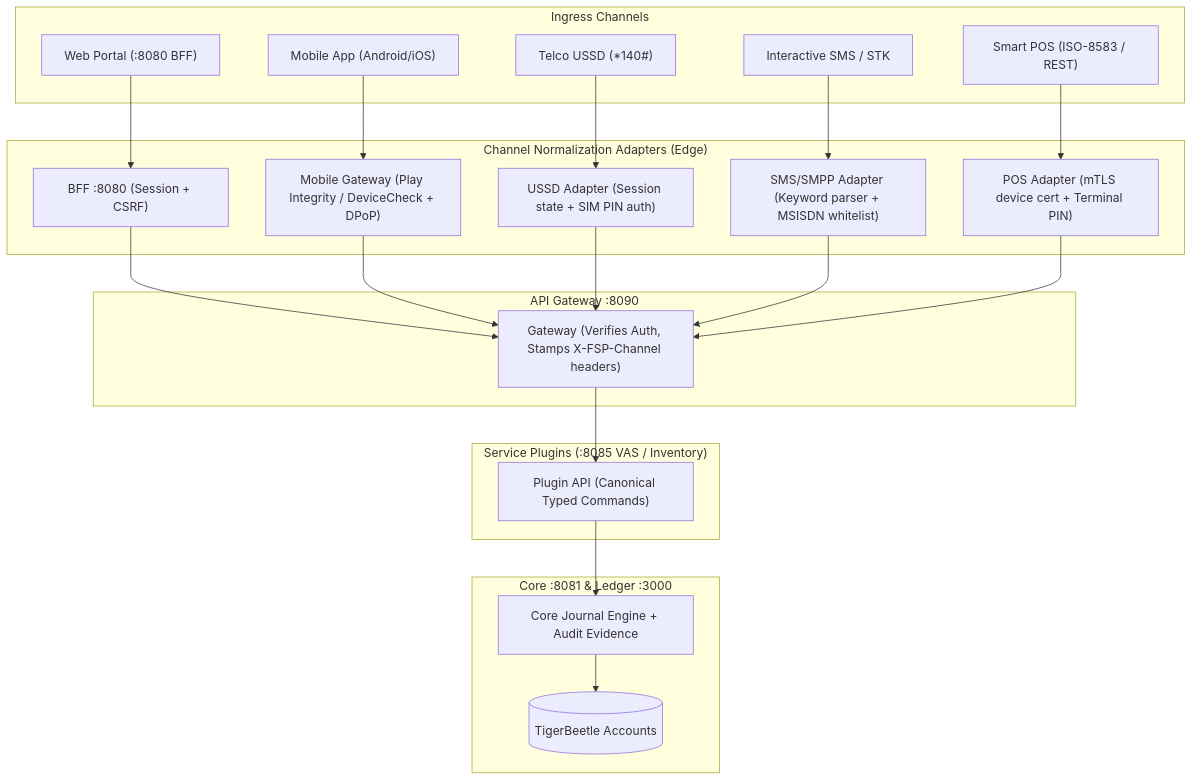
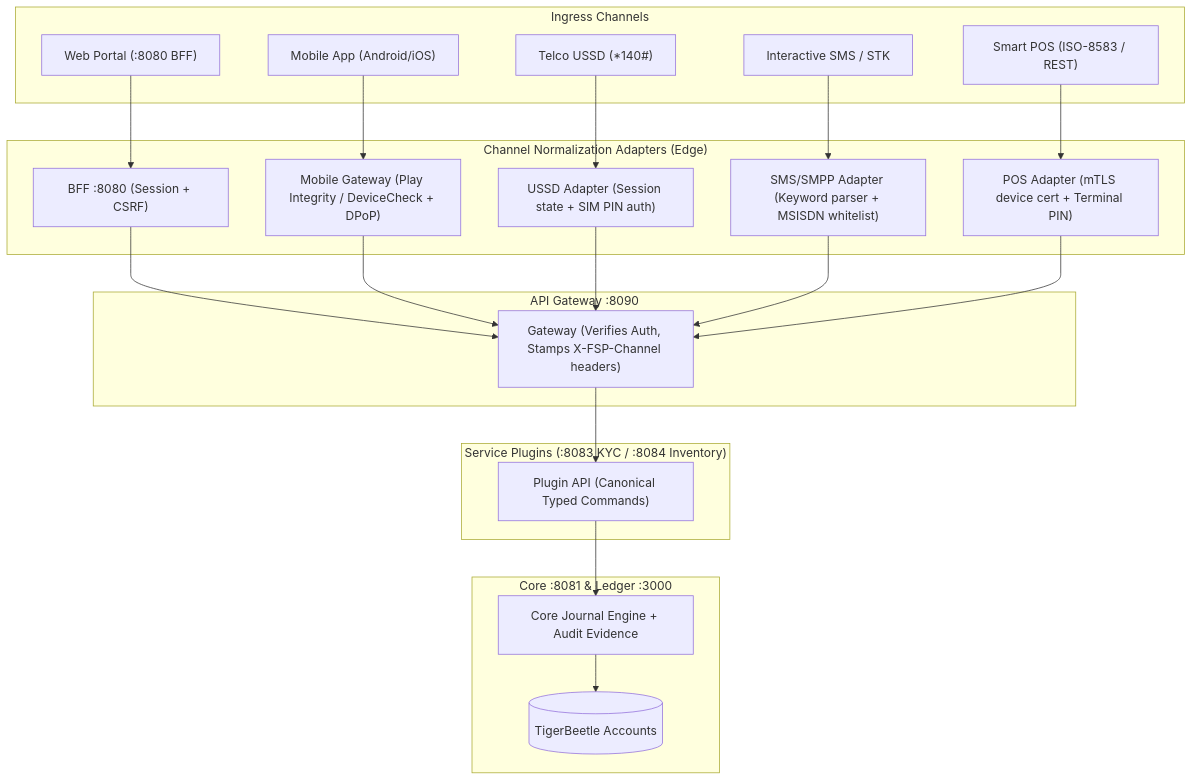
The sixth of 6 diagrams in docs/architecture/01-runtime-topology.md (FathimaBadar/FinancialServicesPlatform), drawn with Mermaid before and after one commit. The commit also changed other lines of this file and 54 other files, not shown here.

First line of the commit message:
feat: add comprehensive architecture plan for bank connectors, bill payments, PSP & EMI services

````diff
--- a/docs/architecture/01-runtime-topology.md
+++ b/docs/architecture/01-runtime-topology.md
@@ -146,39 +149,39 @@
 ```mermaid
 flowchart TD
     subgraph Ingress["Ingress Channels"]
         WEB["Web Portal (:8080 BFF)"]
         APP["Mobile App (Android/iOS)"]
         USSD["Telco USSD (*140#)"]
         SMS["Interactive SMS / STK"]
         POS["Smart POS (ISO-8583 / REST)"]
     end
 
     subgraph Adapters["Channel Normalization Adapters (Edge)"]
         BFF["BFF :8080 (Session + CSRF)"]
         MGW["Mobile Gateway (Play Integrity / DeviceCheck + DPoP)"]
         UADP["USSD Adapter (Session state + SIM PIN auth)"]
         SADP["SMS/SMPP Adapter (Keyword parser + MSISDN whitelist)"]
         PADP["POS Adapter (mTLS device cert + Terminal PIN)"]
     end
 
     subgraph Gateway["API Gateway :8090"]
         GW["Gateway (Verifies Auth, Stamps X-FSP-Channel headers)"]
     end
 
-    subgraph Service["Service Plugins (:8085 VAS / Inventory)"]
+    subgraph Service["Service Plugins (:8083 KYC / :8084 Inventory)"]
         PLUG["Plugin API (Canonical Typed Commands)"]
     end
 
     subgraph Core["Core :8081 & Ledger :3000"]
         C["Core Journal Engine + Audit Evidence"]
         TB[("TigerBeetle Accounts")]
     end
 
     WEB --> BFF --> GW
     APP --> MGW --> GW
     USSD --> UADP --> GW
     SMS --> SADP --> GW
     POS --> PADP --> GW
 
     GW --> PLUG --> C --> TB
 ```
````
